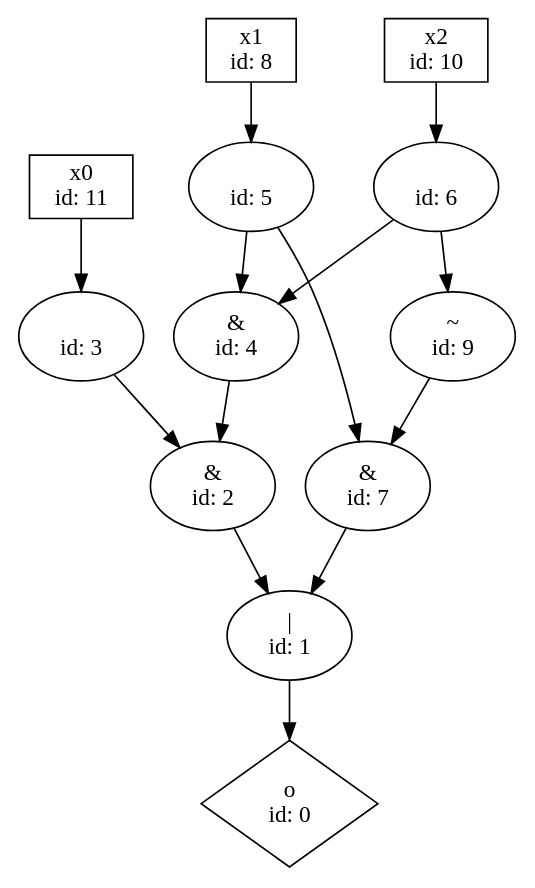
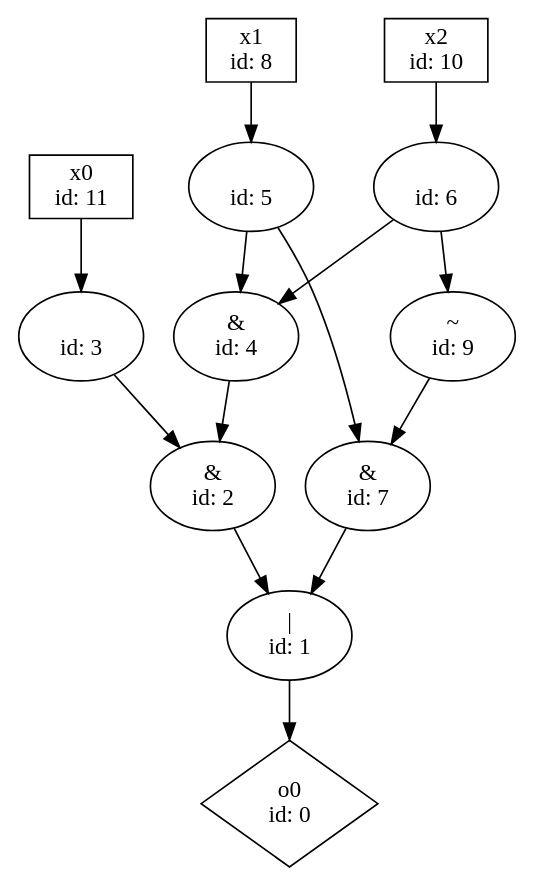
One commit to p9romain/bool-circuits changed the diagram in dot_files/bool_circ/from_one_str.dot. Above: the diagram before and after it, drawn with Graphviz. The commit also changed 46 other files, not shown here.

```diff
--- a/dot_files/bool_circ/from_one_str.dot
+++ b/dot_files/bool_circ/from_one_str.dot
@@ -1,27 +1,27 @@
 digraph G {
-n0 [label="o\n id: 0",shape="diamond"];
+n0 [label="o0\n id: 0",shape="diamond"];
 n1 [label="|\n id: 1"];
 n2 [label="&\n id: 2"];
 n3 [label=" \n id: 3"];
 n4 [label="&\n id: 4"];
 n5 [label=" \n id: 5"];
 n6 [label=" \n id: 6"];
 n7 [label="&\n id: 7"];
 n9 [label="~\n id: 9"];
 n11 [label="x0\n id: 11",shape="box"];
 n8 [label="x1\n id: 8",shape="box"];
 n10 [label="x2\n id: 10",shape="box"];
 n1 -> n0
 n2 -> n1
 n3 -> n2
 n4 -> n2
 n5 -> n4
 n5 -> n7
 n6 -> n4
 n6 -> n9
 n7 -> n1
 n9 -> n7
 n11 -> n3
 n8 -> n5
 n10 -> n6
 }
```
